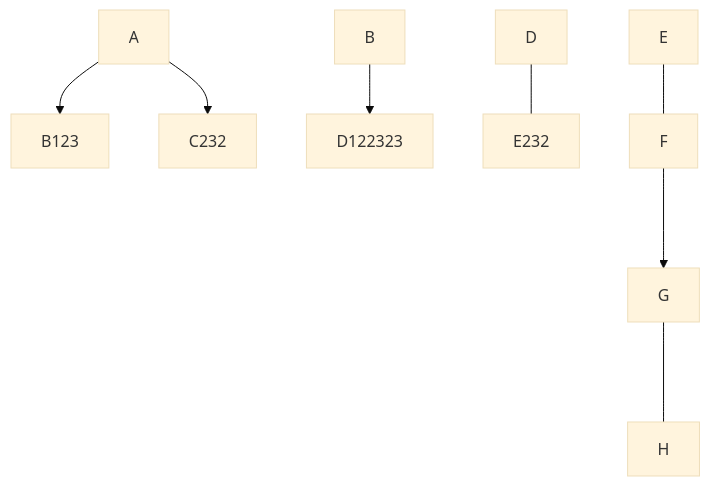
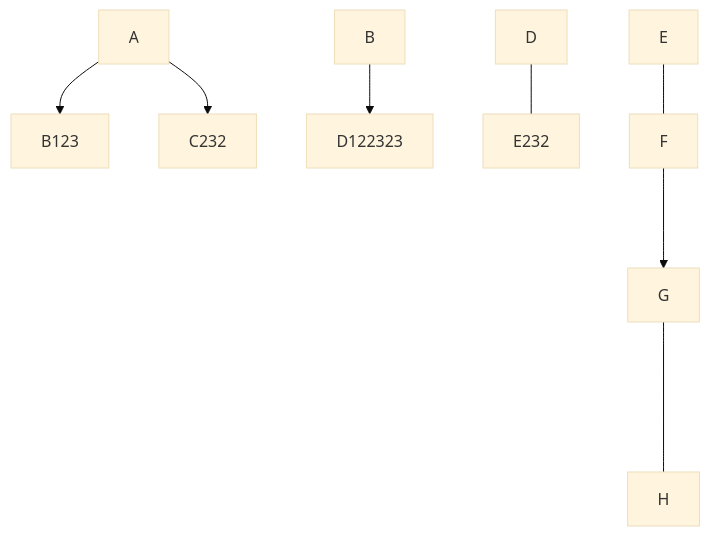
Before and after one commit to misterkrull/GitWhippingBoy: the first of 2 diagrams in README.md, drawn with Mermaid (base theme).

Commit message:
Update README.md 222

````diff
--- a/README.md
+++ b/README.md
@@ -1,11 +1,10 @@
 ```mermaid
   graph TB;
       A-->B123;
       A-->C232;
-      B-->D122323;
-      
+      B-->D122323;      
       D---E232
       E---F;
       F--->G;
-      G----H;
+      G-----H;
 ```
````
